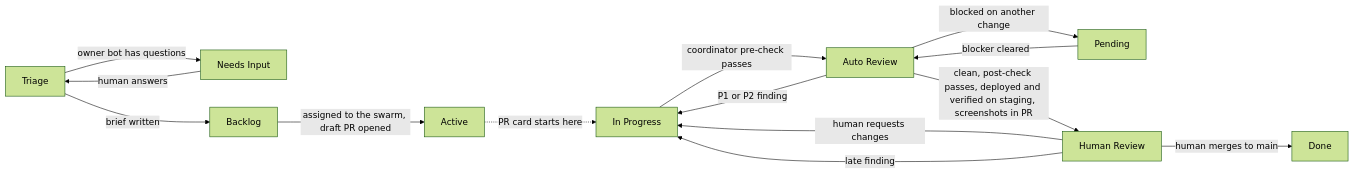
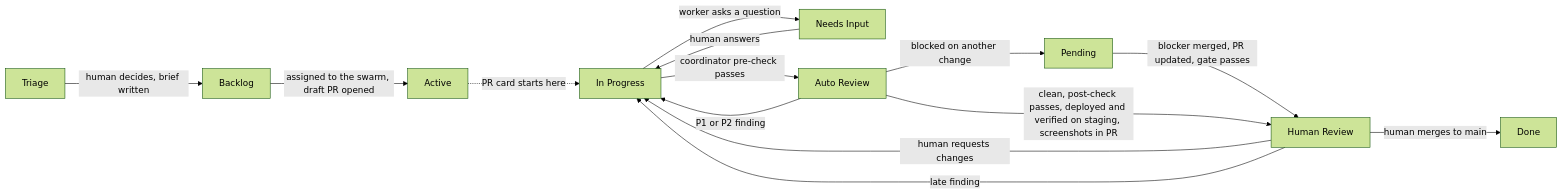
Before and after one commit to tangentcode/methodology: the diagram in workflow.md, drawn with Mermaid (forest theme). The commit also changed other lines of this file and 9 other files, not shown here.

````diff
--- a/workflow.md
+++ b/workflow.md
@@ -39,16 +44,16 @@
 ```mermaid
 flowchart LR
-    T[Triage] -->|owner bot has questions| NI[Needs Input]
-    T -->|brief written| B[Backlog]
-    NI -->|human answers| T
+    T[Triage] -->|human decides, brief written| B[Backlog]
     B -->|assigned to the swarm, draft PR opened| AC[Active]
     AC -.->|PR card starts here| IP[In Progress]
+    IP -->|worker asks a question| NI[Needs Input]
+    NI -->|human answers| IP
     IP -->|coordinator pre-check passes| AR[Auto Review]
     AR -->|P1 or P2 finding| IP
     AR -->|blocked on another change| P[Pending]
-    P -->|blocker cleared| AR
+    P -->|blocker merged, PR updated, gate passes| HR
     AR -->|clean, post-check passes, deployed and verified on staging, screenshots in PR| HR[Human Review]
     HR -->|human requests changes| IP
     HR -->|late finding| IP
     HR -->|human merges to main| D[Done]
 ```
````
